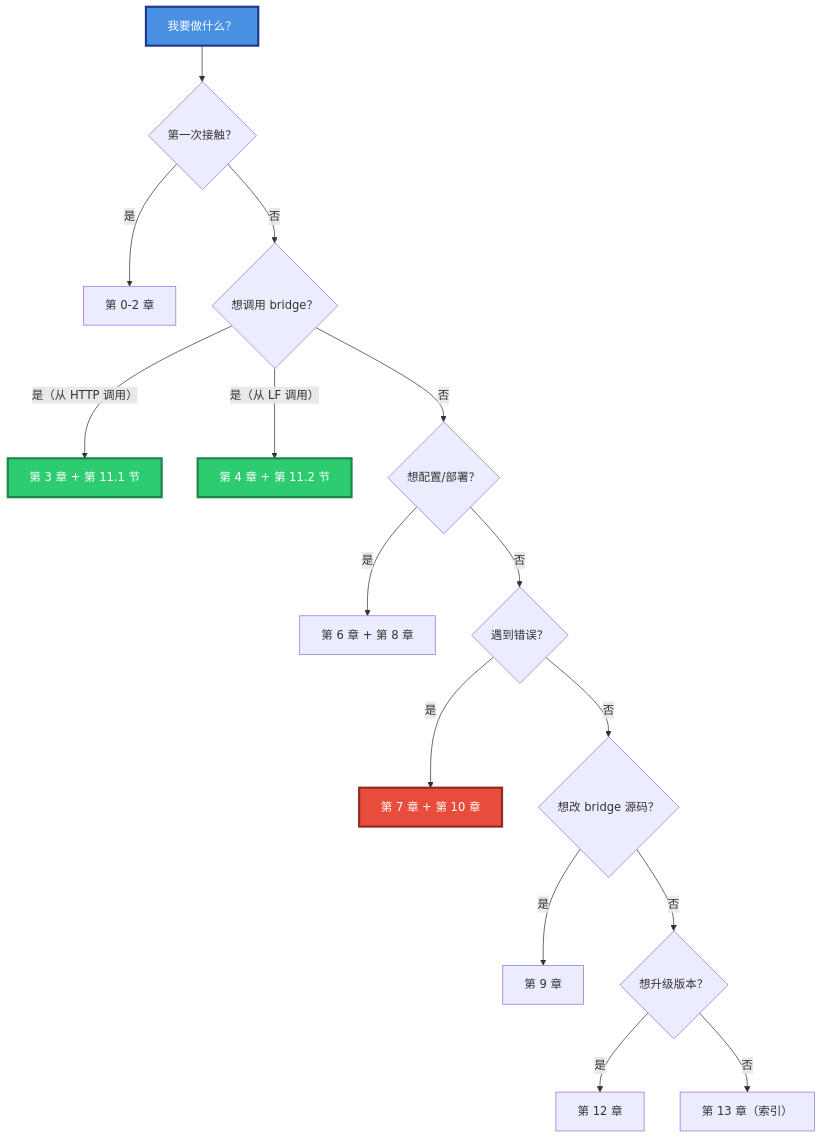
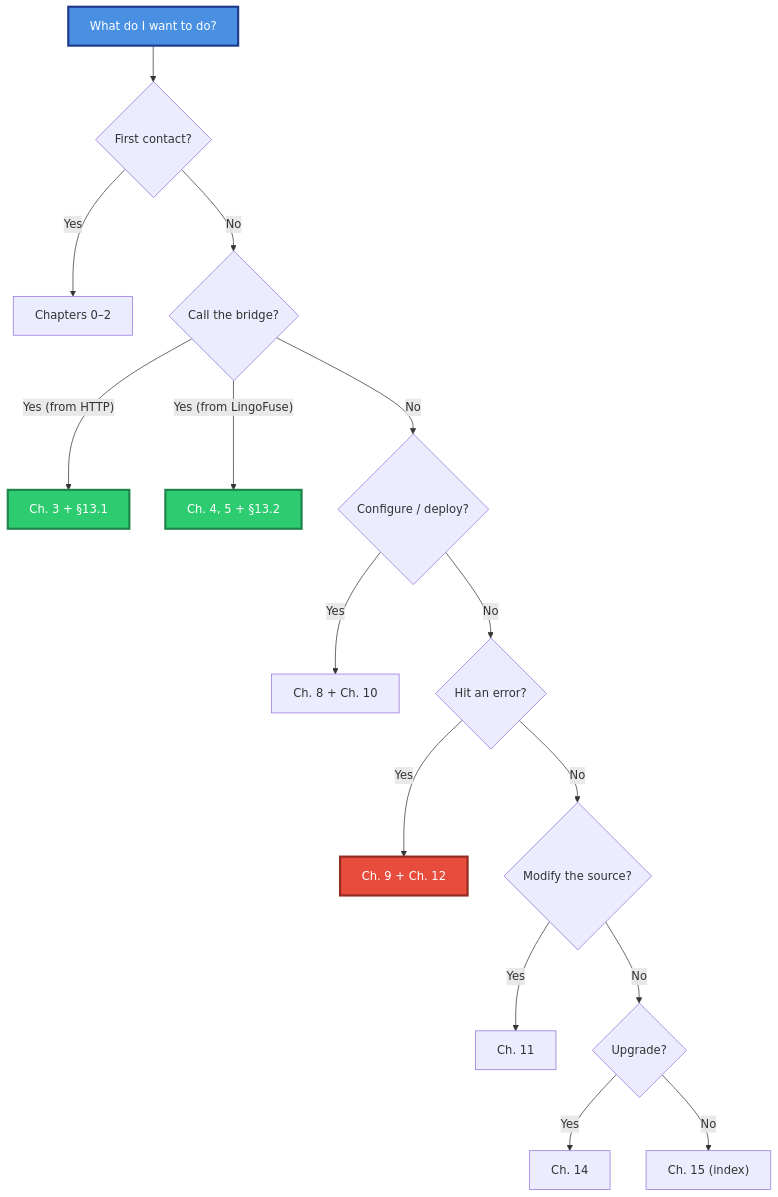
Before and after one commit to PassByYou888/LingoFuse: the second of 20 diagrams in Py/lingofuse/Bridge_User_Guide.md, drawn with Mermaid. The commit also changed other lines of this file, not shown here.

````diff
--- a/Py/lingofuse/Bridge_User_Guide.md
+++ b/Py/lingofuse/Bridge_User_Guide.md
@@ -100,22 +121,22 @@
 ```mermaid
 flowchart TD
-    Start["我要做什么？"] --> Q1{"第一次接触？"}
-    Q1 -- "是" --> R1["第 0-2 章"]
-    Q1 -- "否" --> Q2{"想调用 bridge？"}
-    Q2 -- "是（从 HTTP 调用）" --> R2["第 3 章 + 第 11.1 节"]
-    Q2 -- "是（从 LF 调用）" --> R3["第 4 章 + 第 11.2 节"]
-    Q2 -- "否" --> Q4{"想配置/部署？"}
-    Q4 -- "是" --> R4["第 6 章 + 第 8 章"]
-    Q4 -- "否" --> Q5{"遇到错误？"}
-    Q5 -- "是" --> R5["第 7 章 + 第 10 章"]
-    Q5 -- "否" --> Q6{"想改 bridge 源码？"}
-    Q6 -- "是" --> R6["第 9 章"]
-    Q6 -- "否" --> Q7{"想升级版本？"}
-    Q7 -- "是" --> R7["第 12 章"]
-    Q7 -- "否" --> R8["第 13 章（索引）"]
+    Start["What do I want to do?"] --> Q1{"First contact?"}
+    Q1 -- "Yes" --> R1["Chapters 0–2"]
+    Q1 -- "No" --> Q2{"Call the bridge?"}
+    Q2 -- "Yes (from HTTP)" --> R2["Ch. 3 + §13.1"]
+    Q2 -- "Yes (from LingoFuse)" --> R3["Ch. 4, 5 + §13.2"]
+    Q2 -- "No" --> Q4{"Configure / deploy?"}
+    Q4 -- "Yes" --> R4["Ch. 8 + Ch. 10"]
+    Q4 -- "No" --> Q5{"Hit an error?"}
+    Q5 -- "Yes" --> R5["Ch. 9 + Ch. 12"]
+    Q5 -- "No" --> Q6{"Modify the source?"}
+    Q6 -- "Yes" --> R6["Ch. 11"]
+    Q6 -- "No" --> Q7{"Upgrade?"}
+    Q7 -- "Yes" --> R7["Ch. 14"]
+    Q7 -- "No" --> R8["Ch. 15 (index)"]
 
     style Start fill:#4A90E2,stroke:#1E3A8A,stroke-width:3px,color:#FFFFFF
     style R2 fill:#2ECC71,stroke:#1E8449,stroke-width:3px,color:#FFFFFF
     style R3 fill:#2ECC71,stroke:#1E8449,stroke-width:3px,color:#FFFFFF
     style R5 fill:#E74C3C,stroke:#922B21,stroke-width:3px,color:#FFFFFF
 ```
````
